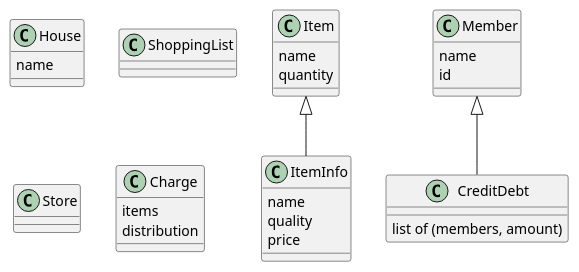
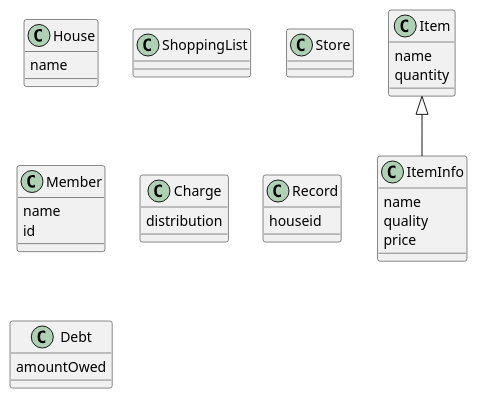
The fourth of 4 diagrams in doc/design.md (willemnielsen/House-App), drawn with PlantUML before and after one commit.

Commit message:
Added Record, Charge class, changed CreditDebt to Debt in class diagram.

````diff
--- a/doc/design.md
+++ b/doc/design.md
@@ -118,36 +118,37 @@
 ```plantuml
 @startuml
 
 class House {
     name
     }
 
 class ShoppingList
 class Item {
     name
     quantity 
     }
 class ItemInfo {
     name
     quality
     price
     }
 class Store
 class Member {
     name
     id
     }
 
-class CreditDebt {
-    list of (members, amount)
-    }
 class Charge {
-    items
     distribution
     }
+class Record { 
+    houseid
+}
 
-Member <|-- CreditDebt
+class Debt{
+    amountOwed
+}
 Item <|-- ItemInfo 
 
 @enduml
 ```
````
